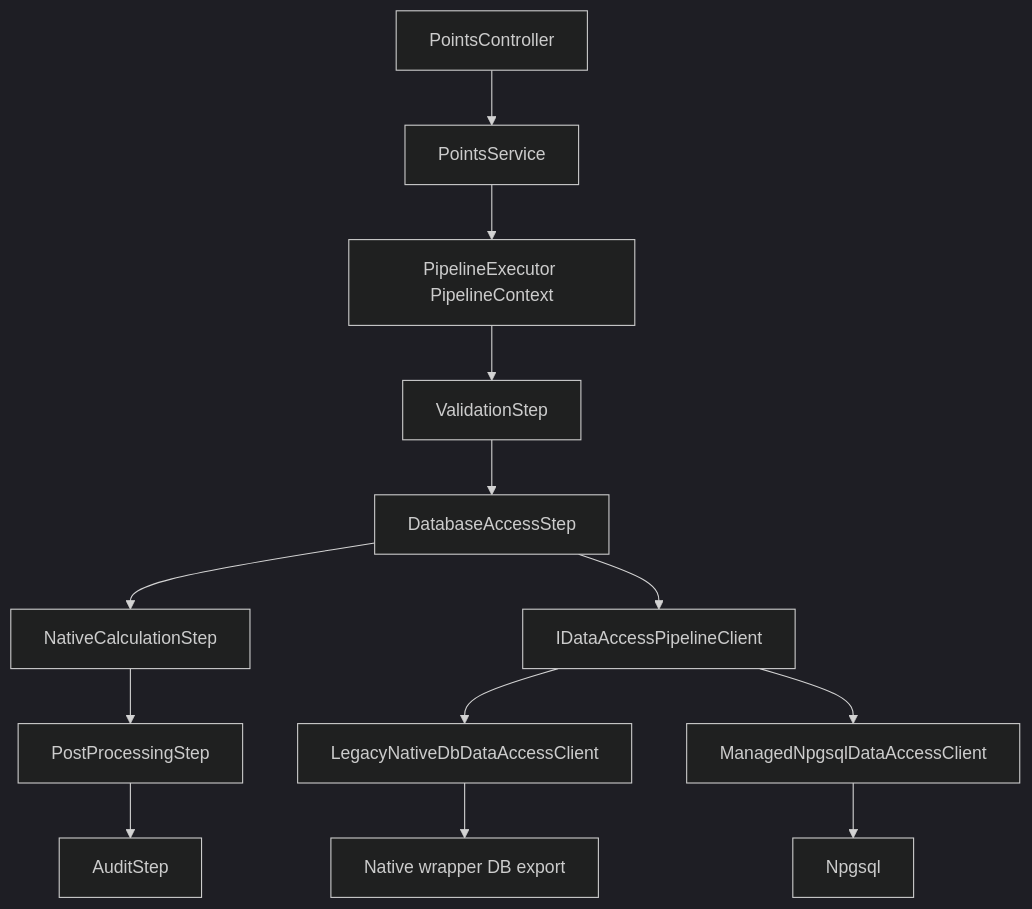
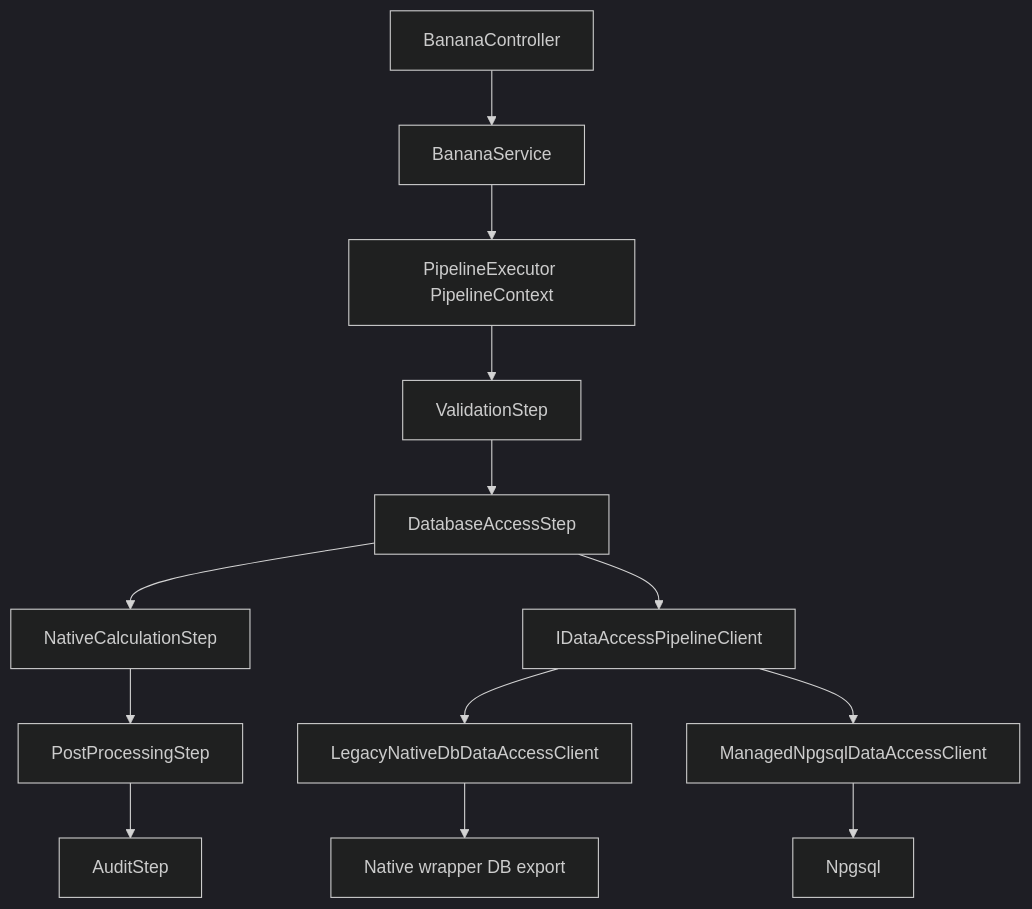
One commit to LahkLeKey/Banana changed the second of 2 diagrams in README.md. Above: the diagram before and after it, drawn with Mermaid (dark theme). The commit also changed other lines of this file and 43 other files, not shown here.

````diff
--- a/README.md
+++ b/README.md
@@ -74,16 +76,16 @@
 ```mermaid
 flowchart TD
-  A[PointsController] --> B[PointsService]
+  A[BananaController] --> B[BananaService]
   B --> C[PipelineExecutor PipelineContext]
   C --> D[ValidationStep]
   D --> E[DatabaseAccessStep]
   E --> F[NativeCalculationStep]
   F --> G[PostProcessingStep]
   G --> H[AuditStep]
 
   E --> I[IDataAccessPipelineClient]
   I --> J[LegacyNativeDbDataAccessClient]
   I --> K[ManagedNpgsqlDataAccessClient]
   J --> L[Native wrapper DB export]
   K --> M[Npgsql]
 ```
````
